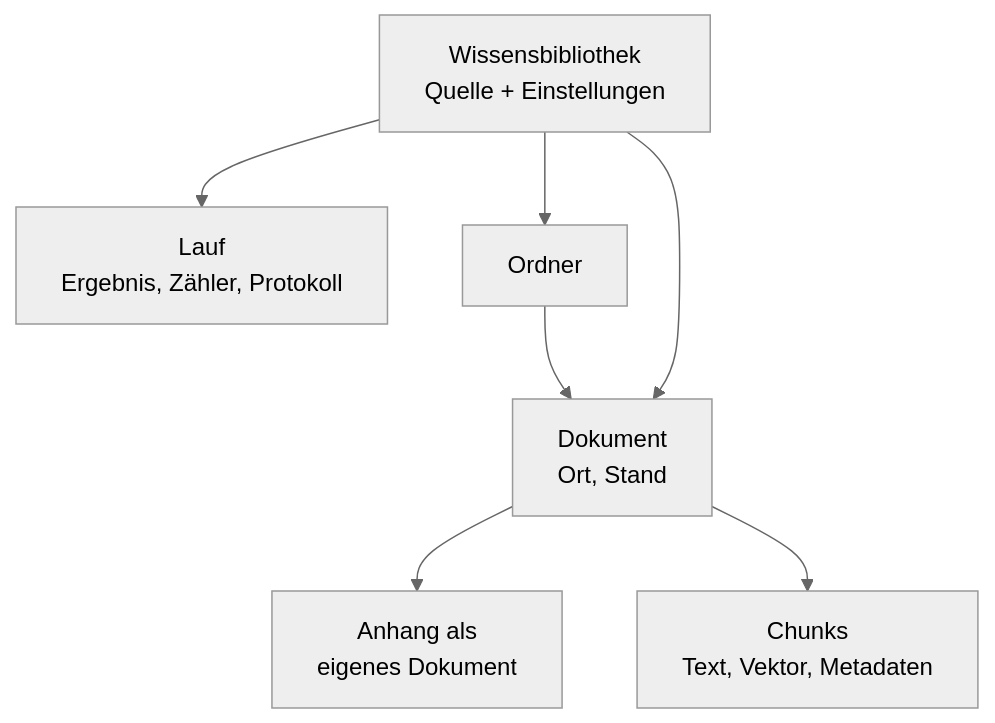
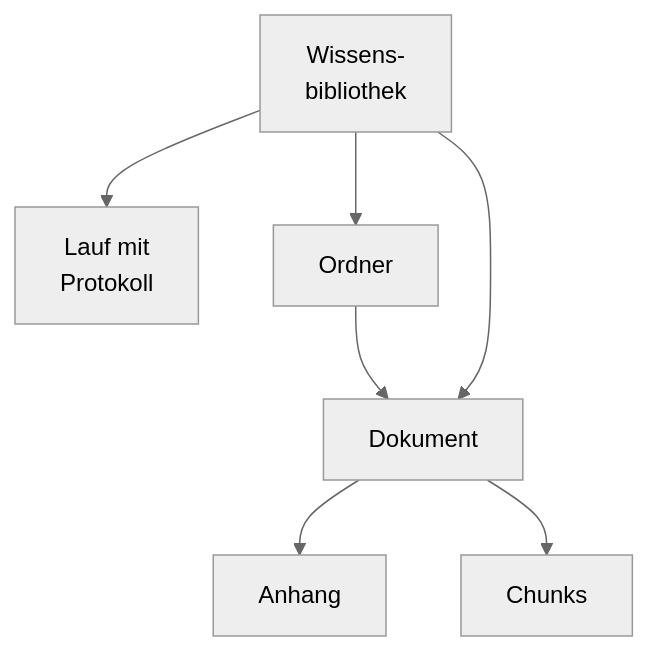
One commit to criew/opaa changed the second of 6 diagrams in docs/handbuch/wissensbibliotheken.md. Above: the diagram before and after it, drawn with Mermaid (neutral theme). The commit also changed other lines of this file and 11 other files, not shown here.

First line of the commit message:
docs(handbuch): Mermaid-Knoten mit kurzen Zeilen

````diff
--- a/docs/handbuch/wissensbibliotheken.md
+++ b/docs/handbuch/wissensbibliotheken.md
@@ -75,9 +75,9 @@
 ```mermaid
 flowchart TB
-    B[Wissensbibliothek<br/>Quelle + Einstellungen] --> L[Lauf<br/>Ergebnis, Zähler, Protokoll]
+    B[Wissens-<br/>bibliothek] --> L[Lauf mit<br/>Protokoll]
     B --> F[Ordner]
     F --> D
-    B --> D[Dokument<br/>Ort, Stand]
-    D --> D2[Anhang als<br/>eigenes Dokument]
-    D --> K[Chunks<br/>Text, Vektor, Metadaten]
+    B --> D[Dokument]
+    D --> D2[Anhang]
+    D --> K[Chunks]
 ```
````
